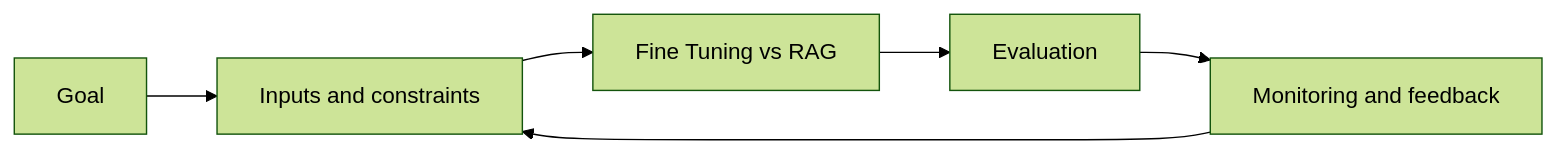
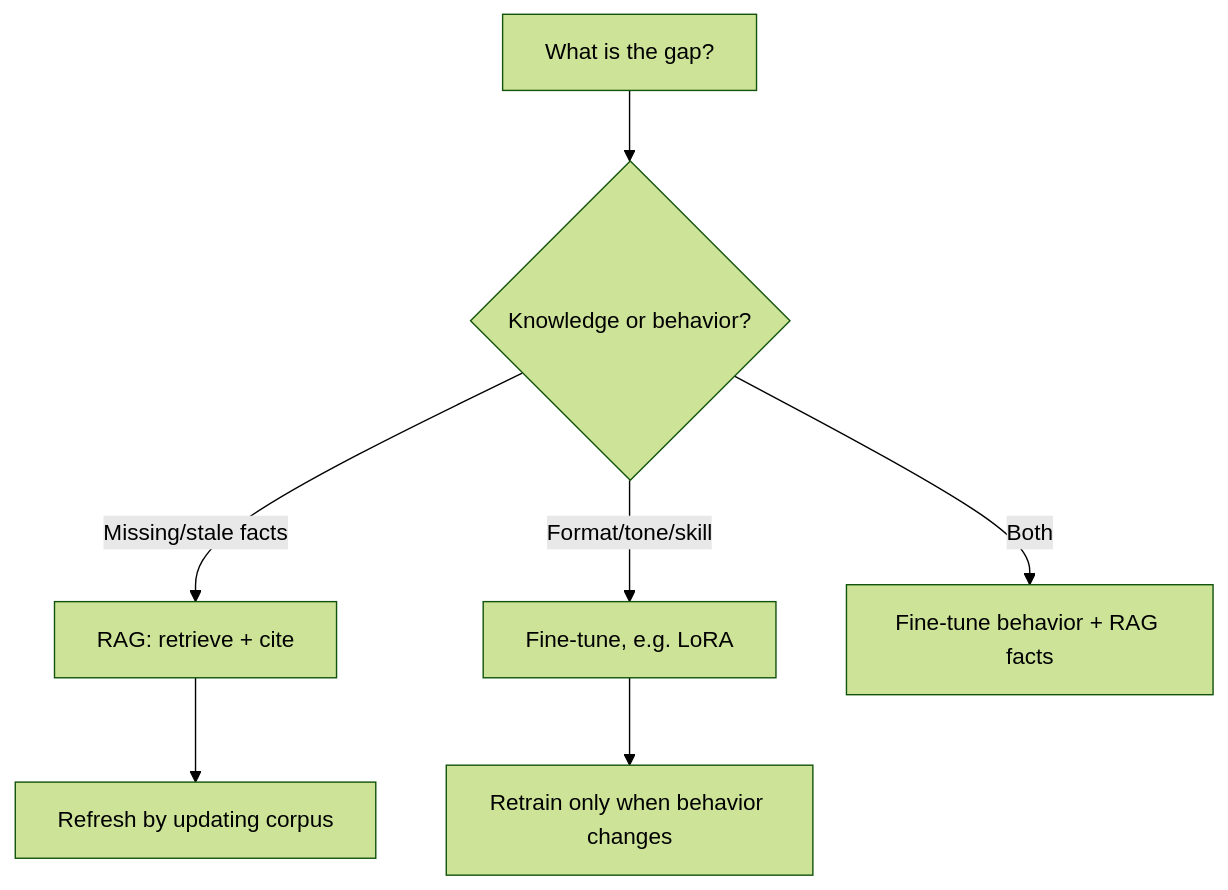
Before and after one commit to Icon1cc/Machine-Learning: the diagram in llms/13-fine-tuning-vs-rag.md, drawn with Mermaid (forest theme). The commit also changed other lines of this file and 118 other files, not shown here.

````diff
--- a/llms/13-fine-tuning-vs-rag.md
+++ b/llms/13-fine-tuning-vs-rag.md
@@ -93,8 +73,9 @@
 ```mermaid
-flowchart LR
-    A[Goal] --> B[Inputs and constraints]
-    B --> C[Fine Tuning vs RAG]
-    C --> D[Evaluation]
-    D --> E[Monitoring and feedback]
-    E --> B
+flowchart TD
+    A[What is the gap?] --> B{Knowledge or behavior?}
+    B -- Missing/stale facts --> C[RAG: retrieve + cite]
+    B -- Format/tone/skill --> D[Fine-tune, e.g. LoRA]
+    B -- Both --> E[Fine-tune behavior + RAG facts]
+    C --> F[Refresh by updating corpus]
+    D --> G[Retrain only when behavior changes]
 ```
````
